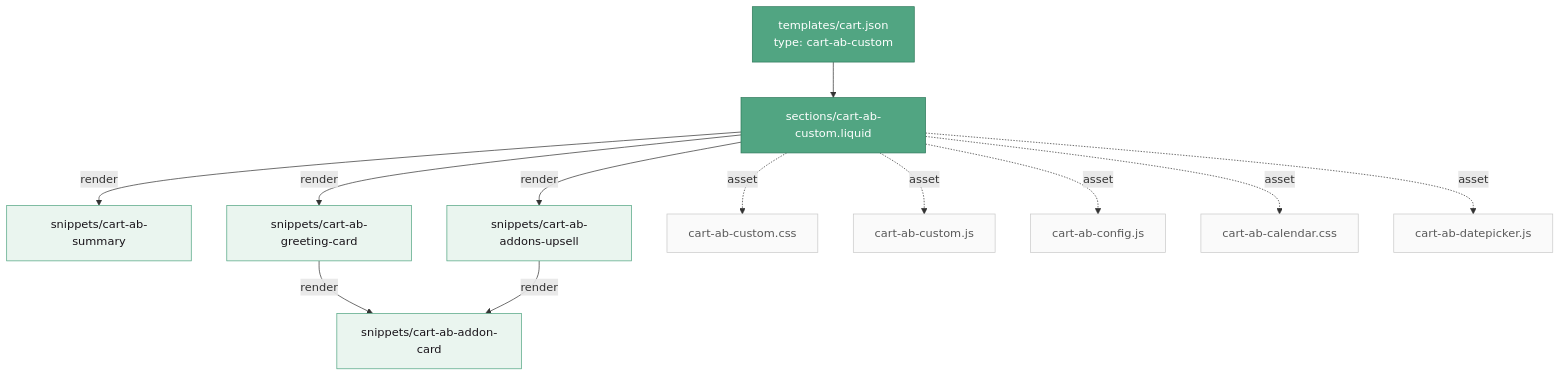
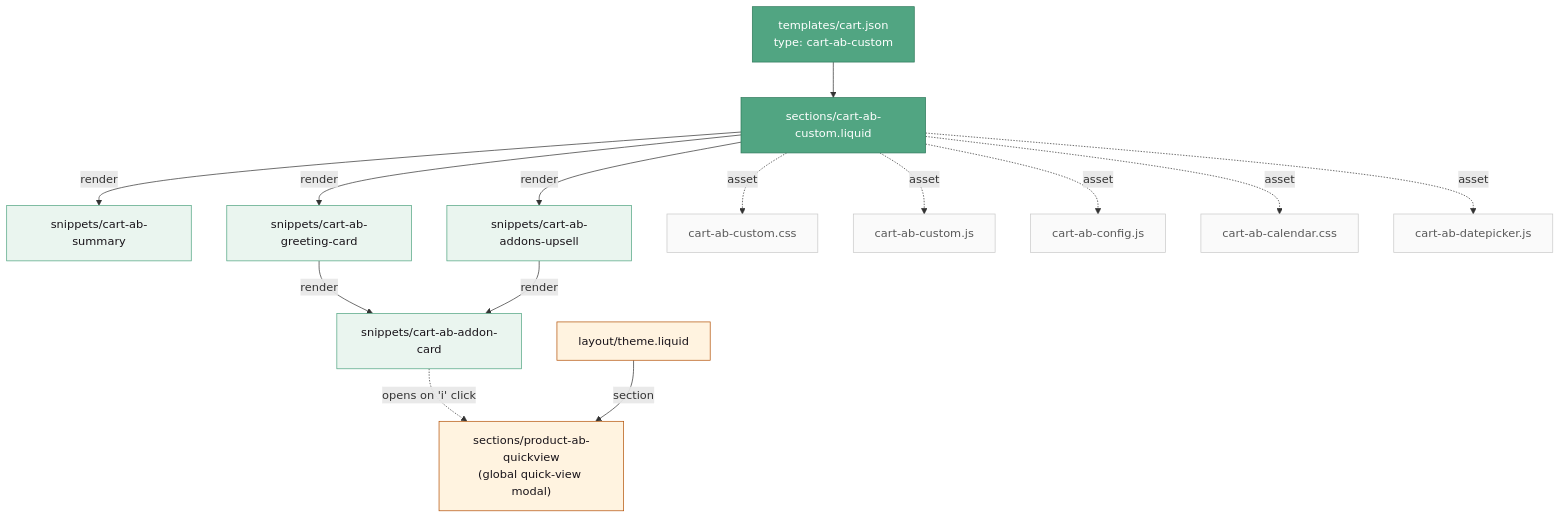
Before and after one commit to abdurrakib528/fc-cart-ab-custom: the first of 2 diagrams in README.md, drawn with Mermaid. The commit also changed other lines of this file and 1 other file, not shown here.

First line of the commit message:
Add product-ab-quickview modal + document theme.liquid wiring

````diff
--- a/README.md
+++ b/README.md
@@ -34,24 +35,29 @@
 ```mermaid
 graph TD
     T["templates/cart.json<br/>type: cart-ab-custom"] --> S["sections/cart-ab-custom.liquid"]
 
     S -->|render| SUM["snippets/cart-ab-summary"]
     S -->|render| GC["snippets/cart-ab-greeting-card"]
     S -->|render| UP["snippets/cart-ab-addons-upsell"]
 
     GC -->|render| CARD["snippets/cart-ab-addon-card"]
     UP -->|render| CARD
 
+    CARD -.opens on 'i' click.-> QV["sections/product-ab-quickview<br/>(global quick-view modal)"]
+    TH["layout/theme.liquid"] -->|section| QV
+
     S -.asset.-> CSS1["cart-ab-custom.css"]
     S -.asset.-> JS1["cart-ab-custom.js"]
     S -.asset.-> CFG["cart-ab-config.js"]
     S -.asset.-> CALCSS["cart-ab-calendar.css"]
     S -.asset.-> DP["cart-ab-datepicker.js"]
 
     classDef entry fill:#51a582,stroke:#2f7a5b,color:#fff;
     classDef snip fill:#eaf5ef,stroke:#51a582,color:#181319;
     classDef asset fill:#fafafa,stroke:#c9c9c9,color:#595959;
+    classDef modal fill:#fff3e0,stroke:#b45309,color:#181319;
     class T,S entry;
     class SUM,GC,UP,CARD snip;
     class CSS1,JS1,CFG,CALCSS,DP asset;
+    class QV,TH modal;
 ```
````
